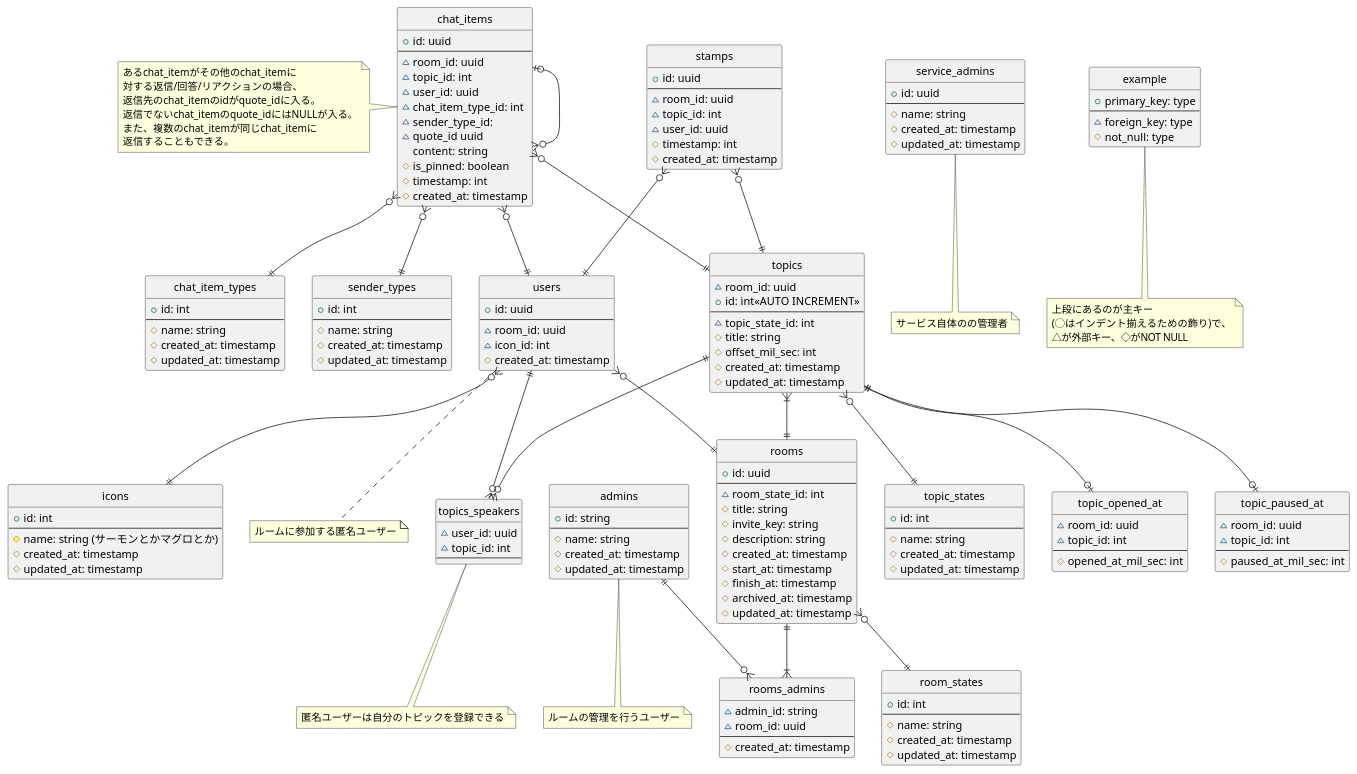
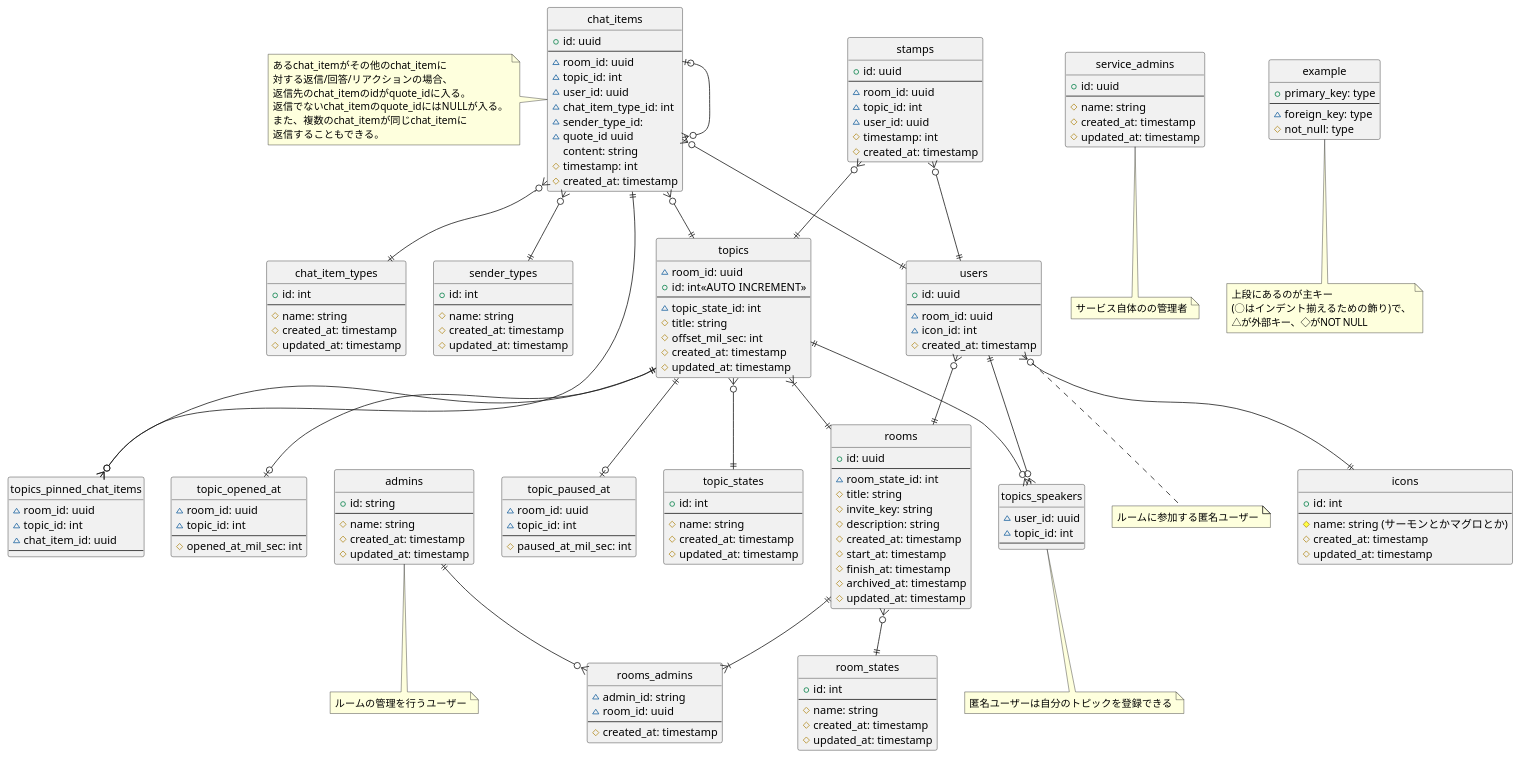
One commit to osushi-academy/sushi-chat changed the diagram in doc/ER/ER_logic.puml. Above: the diagram before and after it, drawn with PlantUML.

Commit message:
Revert "Removed pinned_chat_ietm_relation"
This reverts commit 880fbbe88171068124af924020c823cd1e2803bd.

```diff
--- a/doc/ER/ER_logic.puml
+++ b/doc/ER/ER_logic.puml
@@ -1,186 +1,194 @@
 @startuml
 
 hide circle
 skinparam inetype ortho
 
 entity users {
     +id: uuid
     --
     ~room_id: uuid
     ~icon_id: int
     #created_at: timestamp
 }
 note bottom: ルームに参加する匿名ユーザー
 
 entity topics_speakers{
     ~user_id: uuid
     ~topic_id: int
     --
 }
 note bottom: 匿名ユーザーは自分のトピックを登録できる
 
 entity admins {
     +id: string
     --
     #name: string
     #created_at: timestamp
     #updated_at: timestamp
 }
 note bottom: ルームの管理を行うユーザー
 
 entity rooms_admins {
     ~admin_id: string
     ~room_id: uuid
     --
     #created_at: timestamp
 }
 
 entity service_admins {
     +id: uuid
     --
     #name: string
     #created_at: timestamp
     #updated_at: timestamp
 }
 note bottom: サービス自体のの管理者
 
 entity icons {
     +id: int
     --
     #name: string (サーモンとかマグロとか)
     #created_at: timestamp
     #updated_at: timestamp
 }
 
 entity rooms {
     +id: uuid
     --
     ~room_state_id: int
     #title: string
     #invite_key: string
     #description: string
     #created_at: timestamp
     #start_at: timestamp
     #finish_at: timestamp
     #archived_at: timestamp
     #updated_at: timestamp
 }
 
 entity room_states {
     +id: int
     --
     #name: string
     #created_at: timestamp
     #updated_at: timestamp
 }
 
 entity topics {
     ~room_id: uuid
     +id: int<<AUTO INCREMENT>>
     --
     ~topic_state_id: int
     #title: string
     #offset_mil_sec: int
     #created_at: timestamp
     #updated_at: timestamp
 }
 
+entity topics_pinned_chat_items {
+    ~room_id: uuid
+    ~topic_id: int
+    ~chat_item_id: uuid
+    --
+}
+
 entity topic_states {
     +id: int
     --
     #name: string
     #created_at: timestamp
     #updated_at: timestamp
 }
 
 entity topic_opened_at {
     ~room_id: uuid
     ~topic_id: int
     --
     #opened_at_mil_sec: int
 }
 
 entity topic_paused_at{
     ~room_id: uuid
     ~topic_id: int
     --
     #paused_at_mil_sec: int
 }
 
 entity chat_items {
     +id: uuid
     --
     ~room_id: uuid
     ~topic_id: int
     ~user_id: uuid
     ~chat_item_type_id: int
     ~sender_type_id:
     ~quote_id uuid
     content: string
-    #is_pinned: boolean
     #timestamp: int
     #created_at: timestamp
 }
 note left of chat_items
  あるchat_itemがその他のchat_itemに
  対する返信/回答/リアクションの場合、
  返信先のchat_itemのidがquote_idに入る。
  返信でないchat_itemのquote_idにはNULLが入る。
  また、複数のchat_itemが同じchat_itemに
  返信することもできる。
 end note
 
 entity chat_item_types {
     +id: int
     --
     #name: string
     #created_at: timestamp
     #updated_at: timestamp
 }
 
 entity sender_types {
     +id: int
     --
     #name: string
     #created_at: timestamp
     #updated_at: timestamp
 }
 
 entity stamps {
     +id: uuid
     --
     ~room_id: uuid
     ~topic_id: int
     ~user_id: uuid
     #timestamp: int
     #created_at: timestamp
 }
 
 users }o--|| icons
 users }o--|| rooms
 users ||--o{ topics_speakers
 topics ||--o{ topics_speakers
 admins ||--o{ rooms_admins
 rooms ||--|{ rooms_admins
 rooms }o--|| room_states
 topics }|--|| rooms
+topics ||--o{ topics_pinned_chat_items
 topics }o--|| topic_states
 topics ||--o| topic_opened_at
 topics ||--o| topic_paused_at
+chat_items||--o{ topics_pinned_chat_items
 chat_items }o--|| topics
 chat_items }o--|| users
 chat_items }o--|| chat_item_types
 chat_items |o--o{ chat_items
 chat_items }o--|| sender_types
 stamps }o--|| topics
 stamps }o--|| users
 
 entity example {
     +primary_key: type
     --
     ~foreign_key: type
     #not_null: type
 }
 note bottom: 上段にあるのが主キー\n(◯はインデント揃えるための飾り)で、\n△が外部キー、◇がNOT NULL
 
 @enduml
```
